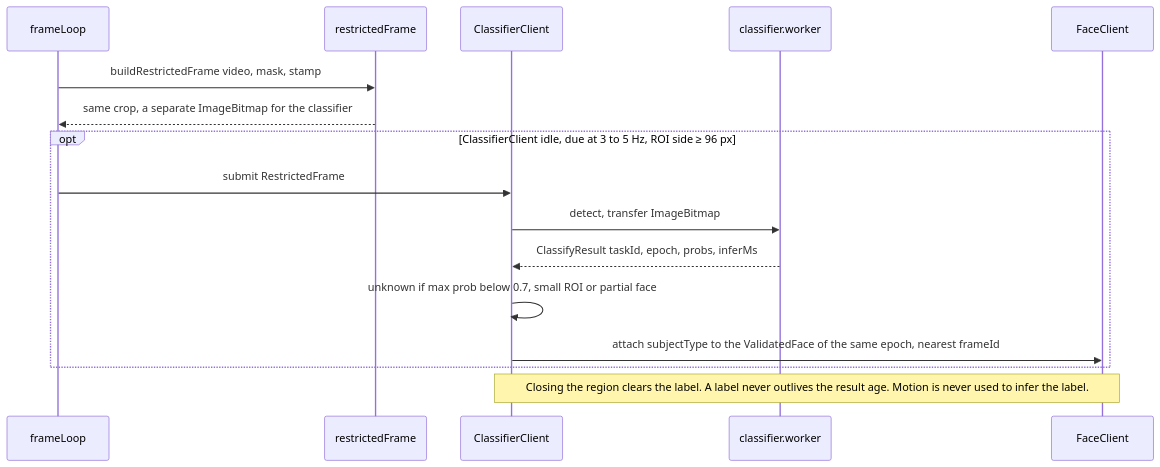
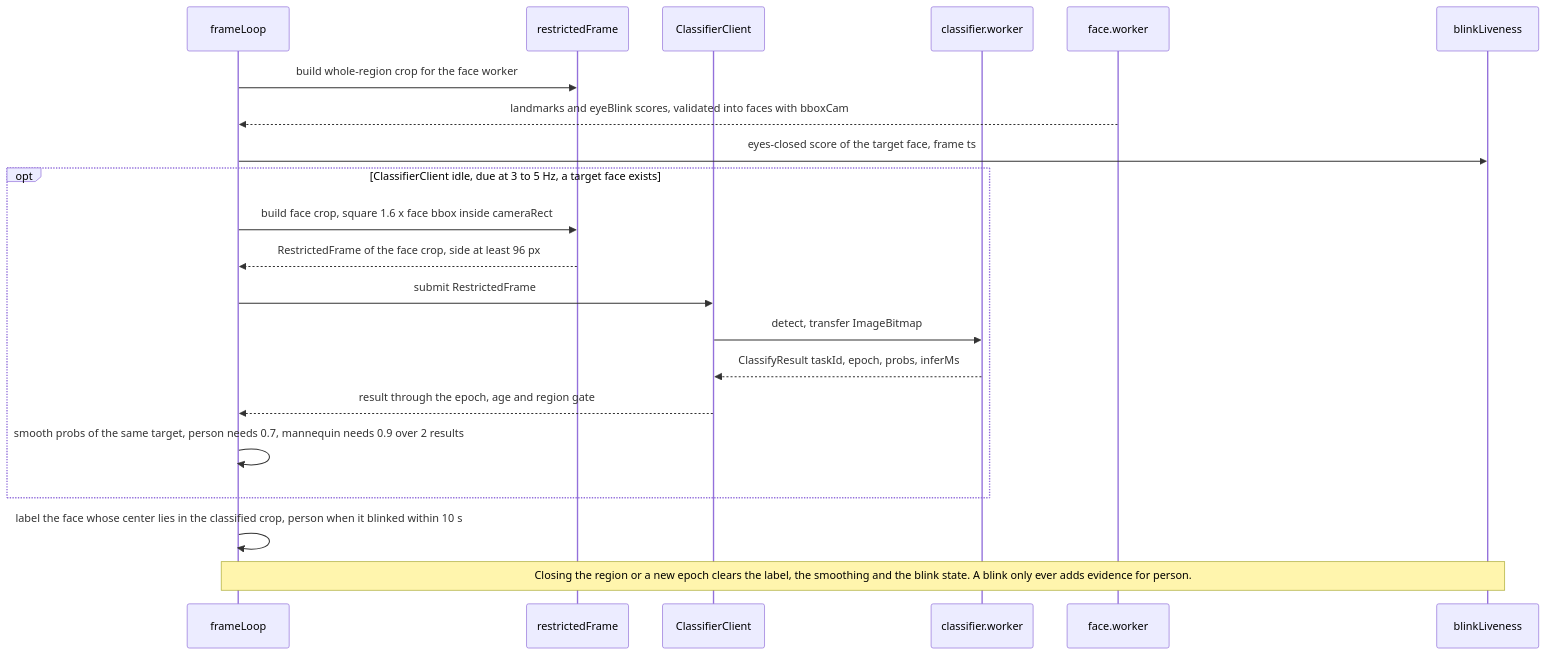
One commit to Lorah101204/Finger_And_Face_Tracking changed diagram 15 of 18 in docs/WORK-BREAKDOWN.md. Above: the diagram before and after it, drawn with Mermaid. The commit also changed other lines of this file and 56 other files, not shown here.

First line of the commit message:
feat(classify): face crop, asymmetric labels, blink liveness, classifier retrained on Open Images (CLS-05, CLS-06, CLS-07, D-069 to D-072)

````diff
--- a/docs/WORK-BREAKDOWN.md
+++ b/docs/WORK-BREAKDOWN.md
@@ -707,18 +707,23 @@
 ```mermaid
 sequenceDiagram
   participant FRAMELOOP as frameLoop
   participant RF as restrictedFrame
   participant CC as ClassifierClient
   participant CW as classifier.worker
-  participant FC as FaceClient
-  FRAMELOOP->>RF: buildRestrictedFrame video, mask, stamp
-  RF-->>FRAMELOOP: same crop, a separate ImageBitmap for the classifier
-  opt ClassifierClient idle, due at 3 to 5 Hz, ROI side ≥ 96 px
+  participant FW as face.worker
+  participant BL as blinkLiveness
+  FRAMELOOP->>RF: build whole-region crop for the face worker
+  FW-->>FRAMELOOP: landmarks and eyeBlink scores, validated into faces with bboxCam
+  FRAMELOOP->>BL: eyes-closed score of the target face, frame ts
+  opt ClassifierClient idle, due at 3 to 5 Hz, a target face exists
+    FRAMELOOP->>RF: build face crop, square 1.6 x face bbox inside cameraRect
+    RF-->>FRAMELOOP: RestrictedFrame of the face crop, side at least 96 px
     FRAMELOOP->>CC: submit RestrictedFrame
     CC->>CW: detect, transfer ImageBitmap
     CW-->>CC: ClassifyResult taskId, epoch, probs, inferMs
-    CC->>CC: unknown if max prob below 0.7, small ROI or partial face
-    CC->>FC: attach subjectType to the ValidatedFace of the same epoch, nearest frameId
+    CC-->>FRAMELOOP: result through the epoch, age and region gate
+    FRAMELOOP->>FRAMELOOP: smooth probs of the same target, person needs 0.7, mannequin needs 0.9 over 2 results
   end
-  Note over CC,FC: Closing the region clears the label. A label never outlives the result age. Motion is never used to infer the label.
+  FRAMELOOP->>FRAMELOOP: label the face whose center lies in the classified crop, person when it blinked within 10 s
+  Note over FRAMELOOP,BL: Closing the region or a new epoch clears the label, the smoothing and the blink state. A blink only ever adds evidence for person.
 ```
````
